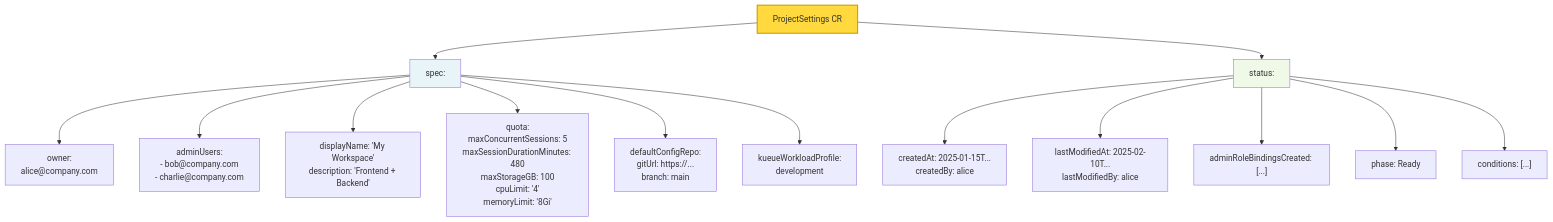
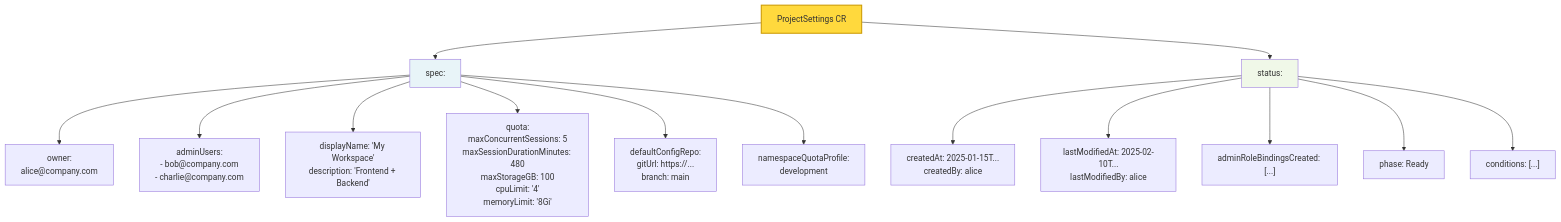
The seventh of 13 diagrams in docs/design/ARCHITECTURE_DIAGRAMS.md (ambient-code/platform), drawn with Mermaid before and after one commit. The commit also changed other lines of this file and 7 other files, not shown here.

Commit message:
docs: replace Kueue with namespace ResourceQuota/LimitRange across design docs

````diff
--- a/docs/design/ARCHITECTURE_DIAGRAMS.md
+++ b/docs/design/ARCHITECTURE_DIAGRAMS.md
@@ -209,39 +209,39 @@
 ```mermaid
 graph TD
     PS["ProjectSettings CR"]
     
     Spec["spec:"]
     Owner["owner:<br/>alice@company.com"]
     Admins["adminUsers:<br/>- bob@company.com<br/>- charlie@company.com"]
     Meta["displayName: 'My Workspace'<br/>description: 'Frontend + Backend'"]
     Quota["quota:<br/>maxConcurrentSessions: 5<br/>maxSessionDurationMinutes: 480<br/>maxStorageGB: 100<br/>cpuLimit: '4'<br/>memoryLimit: '8Gi'"]
     Config["defaultConfigRepo:<br/>gitUrl: https://...<br/>branch: main"]
-    Kueue["kueueWorkloadProfile:<br/>development"]
+    QuotaProfile["namespaceQuotaProfile:<br/>development"]
     
     Status["status:"]
     Created["createdAt: 2025-01-15T...<br/>createdBy: alice"]
     Modified["lastModifiedAt: 2025-02-10T...<br/>lastModifiedBy: alice"]
     RBs["adminRoleBindingsCreated: [...]"]
     Phase["phase: Ready"]
     Conditions["conditions: [...]"]
     
     PS --> Spec
     PS --> Status
     
     Spec --> Owner
     Spec --> Admins
     Spec --> Meta
     Spec --> Quota
     Spec --> Config
-    Spec --> Kueue
+    Spec --> QuotaProfile
     
     Status --> Created
     Status --> Modified
     Status --> RBs
     Status --> Phase
     Status --> Conditions
     
     style PS fill:#ffd93d,stroke:#c90,stroke-width:2px
     style Spec fill:#e8f4f8
     style Status fill:#f0f8e8
 ```
````
